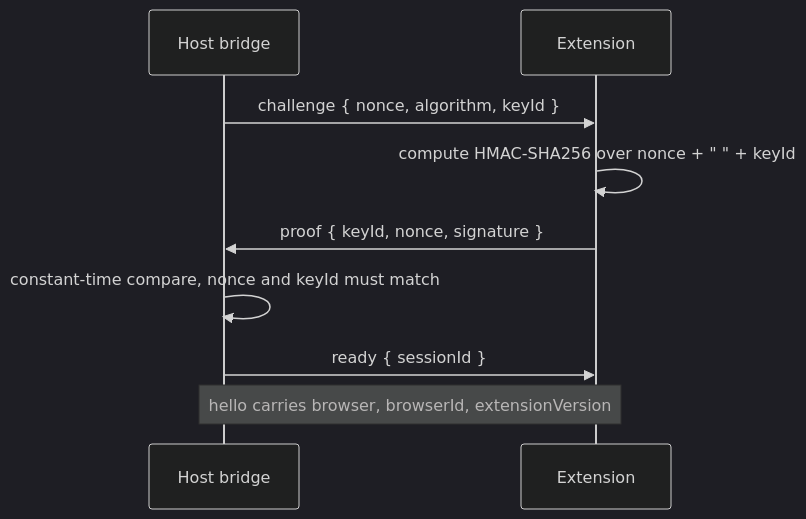
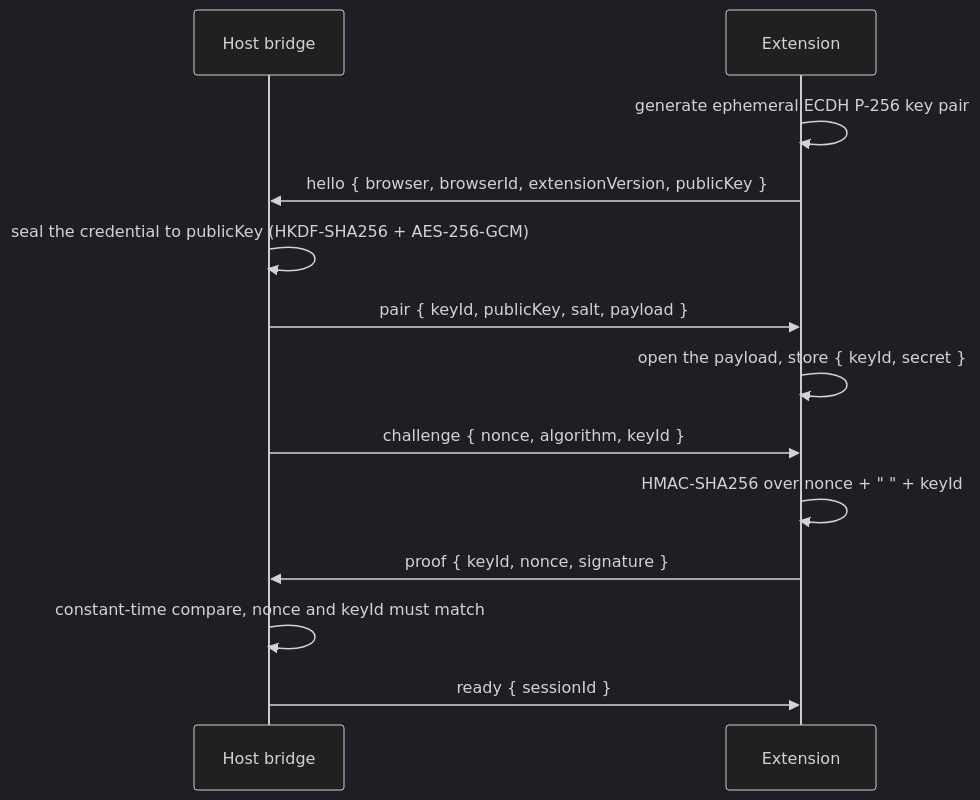
The diagram in packages/webui/docs/browser-use/02-bridge-protocol.md (Hylouis233/minimax-code), drawn with Mermaid (dark theme) before and after one commit. The commit also changed other lines of this file and 43 other files, not shown here.

First line of the commit message:
feat(webui): share the browser session, scope the selection and exchange the credential

````diff
--- a/packages/webui/docs/browser-use/02-bridge-protocol.md
+++ b/packages/webui/docs/browser-use/02-bridge-protocol.md
@@ -101,11 +126,15 @@
 ```mermaid
 sequenceDiagram
     participant H as Host bridge
     participant E as Extension
+    E->>E: generate ephemeral ECDH P-256 key pair
+    E->>H: hello { browser, browserId, extensionVersion, publicKey }
+    H->>H: seal the credential to publicKey (HKDF-SHA256 + AES-256-GCM)
+    H->>E: pair { keyId, publicKey, salt, payload }
+    E->>E: open the payload, store { keyId, secret }
     H->>E: challenge { nonce, algorithm, keyId }
-    E->>E: compute HMAC-SHA256 over nonce + " " + keyId
+    E->>E: HMAC-SHA256 over nonce + " " + keyId
     E->>H: proof { keyId, nonce, signature }
     H->>H: constant-time compare, nonce and keyId must match
     H->>E: ready { sessionId }
-    Note over H,E: hello carries browser, browserId, extensionVersion
 ```
````
